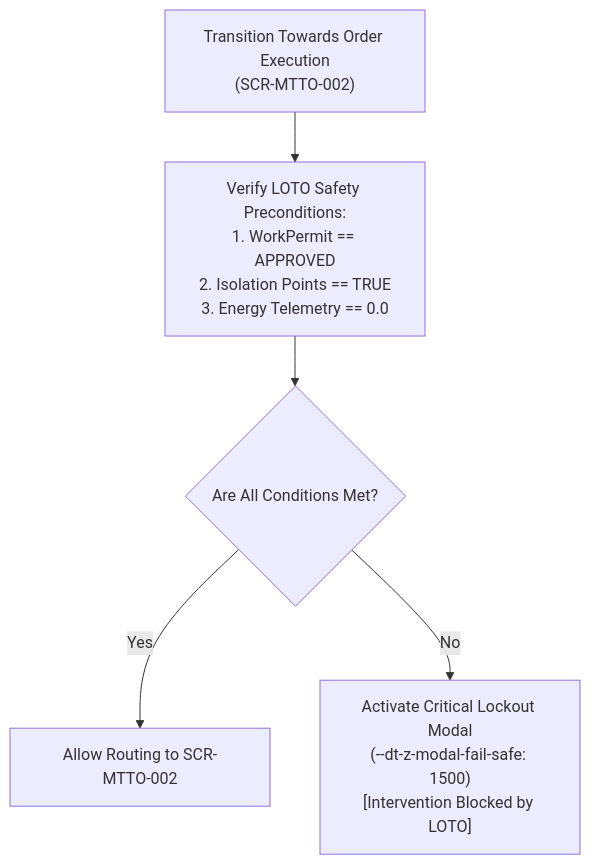
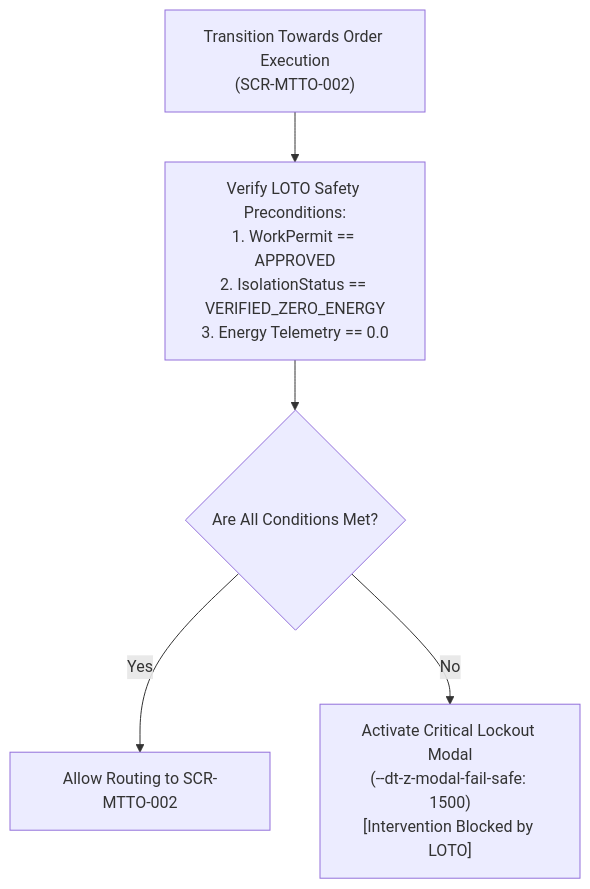
The sixth of 6 diagrams in ui-ux/DT-UI-NAV-DOC-001.md (Novav20/adso-dteam-docs), drawn with Mermaid before and after one commit. The commit also changed other lines of this file and 12 other files, not shown here.

````diff
--- a/ui-ux/DT-UI-NAV-DOC-001.md
+++ b/ui-ux/DT-UI-NAV-DOC-001.md
@@ -223,7 +219,7 @@
 ```mermaid
 flowchart TD
-    StartLOTO["Transition Towards Order Execution<br/>(SCR-MTTO-002)"] --> CheckLOTO["Verify LOTO Safety Preconditions:<br/>1. WorkPermit == APPROVED<br/>2. Isolation Points == TRUE<br/>3. Energy Telemetry == 0.0"]
+    StartLOTO["Transition Towards Order Execution<br/>(SCR-MTTO-002)"] --> CheckLOTO["Verify LOTO Safety Preconditions:<br/>1. WorkPermit == APPROVED<br/>2. IsolationStatus == VERIFIED_ZERO_ENERGY<br/>3. Energy Telemetry == 0.0"]
     CheckLOTO --> LOTOValid{"Are All Conditions Met?"}
     LOTOValid -- "Yes" --> AllowRoute["Allow Routing to SCR-MTTO-002"]
     LOTOValid -- "No" --> FailSafeModal["Activate Critical Lockout Modal<br/>(--dt-z-modal-fail-safe: 1500)<br/>[Intervention Blocked by LOTO]"]
 ```
````
